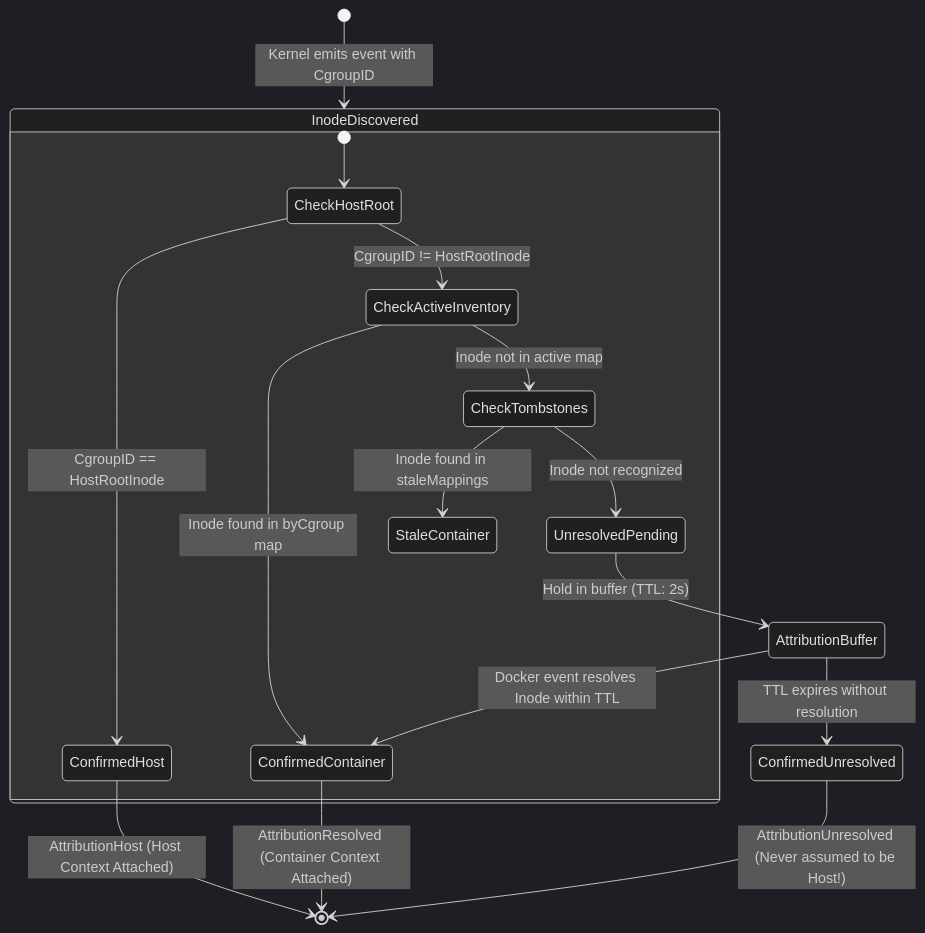
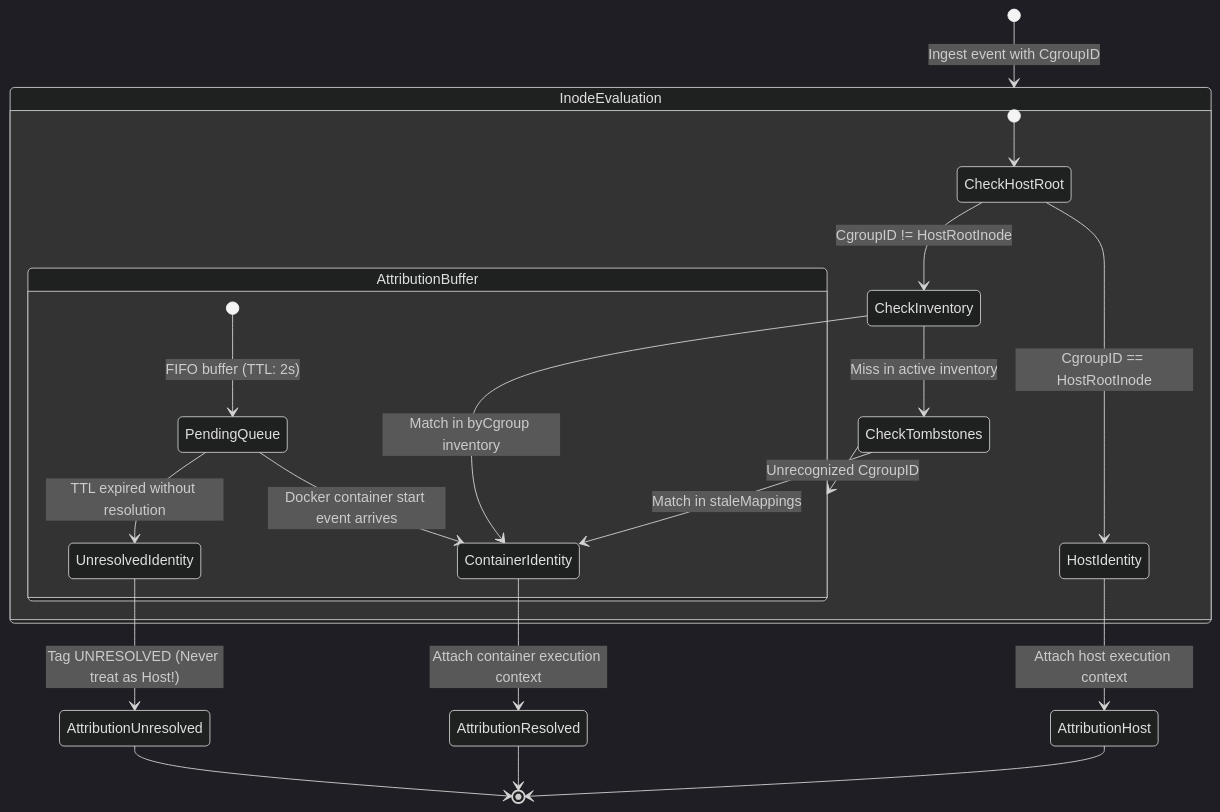
Before and after one commit to ramKarthik57/containerguard: the fourth of 6 diagrams in ARCHITECTURE.md, drawn with Mermaid (dark theme). The commit also changed other lines of this file and 4 other files, not shown here.

First line of the commit message:
docs(diagrams): overhaul and perfect all mermaid architectural diagrams

````diff
--- a/ARCHITECTURE.md
+++ b/ARCHITECTURE.md
@@ -246,24 +267,30 @@
 ```mermaid
 stateDiagram-v2
-    [*] --> InodeDiscovered: Kernel emits event with CgroupID
+    [*] --> InodeEvaluation: Ingest event with CgroupID
 
-    state InodeDiscovered {
+    state InodeEvaluation {
         [*] --> CheckHostRoot
-        CheckHostRoot --> ConfirmedHost: CgroupID == HostRootInode
-        CheckHostRoot --> CheckActiveInventory: CgroupID != HostRootInode
-        
-        CheckActiveInventory --> ConfirmedContainer: Inode found in byCgroup map
-        CheckActiveInventory --> CheckTombstones: Inode not in active map
-        
-        CheckTombstones --> StaleContainer: Inode found in staleMappings
-        CheckTombstones --> UnresolvedPending: Inode not recognized
+        CheckHostRoot --> HostIdentity: CgroupID == HostRootInode
+        CheckHostRoot --> CheckInventory: CgroupID != HostRootInode
+
+        CheckInventory --> ContainerIdentity: Match in byCgroup inventory
+        CheckInventory --> CheckTombstones: Miss in active inventory
+
+        CheckTombstones --> ContainerIdentity: Match in staleMappings
+        CheckTombstones --> AttributionBuffer: Unrecognized CgroupID
     }
 
-    UnresolvedPending --> AttributionBuffer: Hold in buffer (TTL: 2s)
-    AttributionBuffer --> ConfirmedContainer: Docker event resolves Inode within TTL
-    AttributionBuffer --> ConfirmedUnresolved: TTL expires without resolution
+    state AttributionBuffer {
+        [*] --> PendingQueue: FIFO buffer (TTL: 2s)
+        PendingQueue --> ContainerIdentity: Docker container start event arrives
+        PendingQueue --> UnresolvedIdentity: TTL expired without resolution
+    }
 
-    ConfirmedContainer --> [*]: AttributionResolved (Container Context Attached)
-    ConfirmedHost --> [*]: AttributionHost (Host Context Attached)
-    ConfirmedUnresolved --> [*]: AttributionUnresolved (Never assumed to be Host!)
+    HostIdentity --> AttributionHost: Attach host execution context
+    ContainerIdentity --> AttributionResolved: Attach container execution context
+    UnresolvedIdentity --> AttributionUnresolved: Tag UNRESOLVED (Never treat as Host!)
+
+    AttributionHost --> [*]
+    AttributionResolved --> [*]
+    AttributionUnresolved --> [*]
 ```
````
